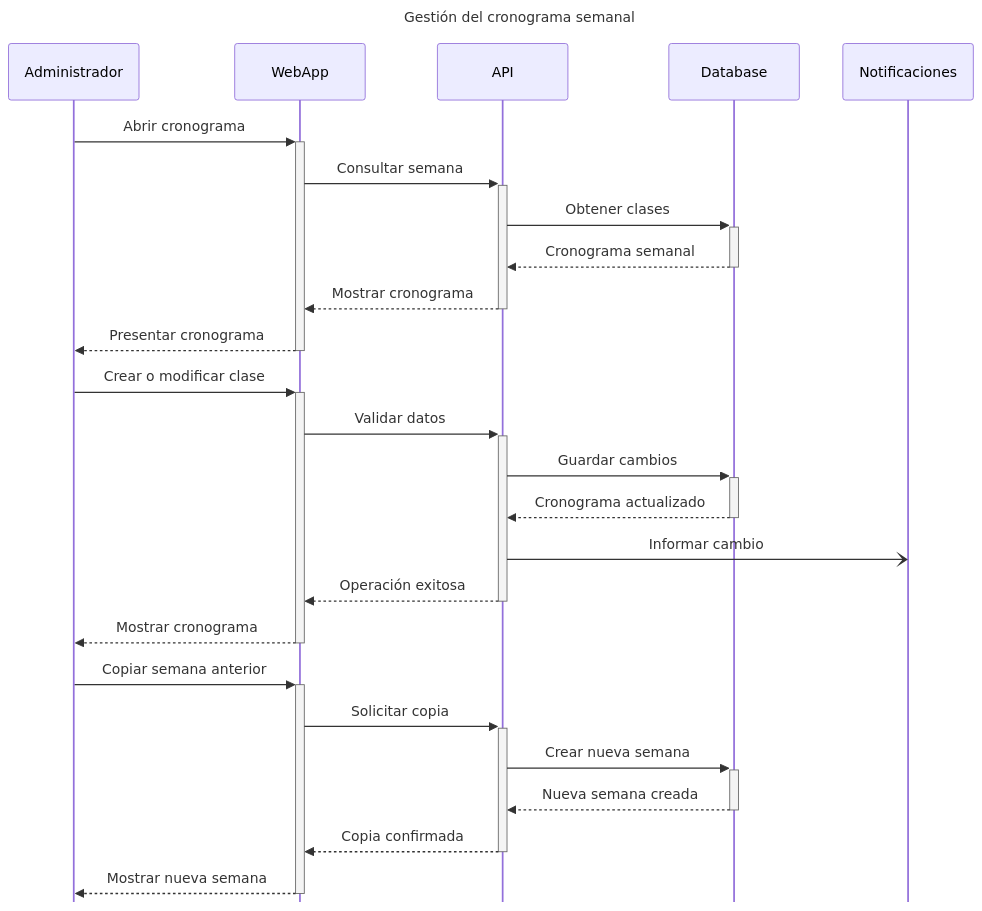
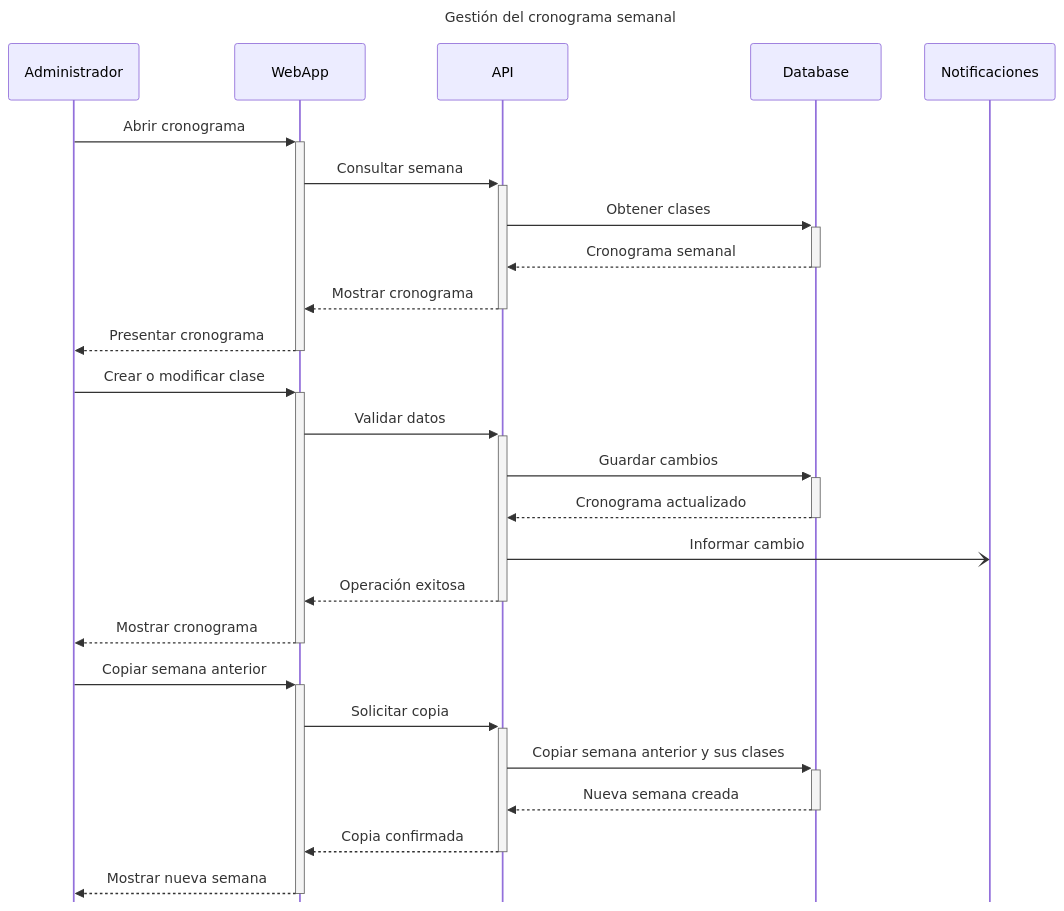
Before and after one commit to MTeamOrg/MTeamBackend: the fifth of 6 diagrams in docs/diagramas-de-secuencia.md, drawn with Mermaid. The commit also changed other lines of this file and 5 other files, not shown here.

````diff
--- a/docs/diagramas-de-secuencia.md
+++ b/docs/diagramas-de-secuencia.md
@@ -136,30 +134,30 @@
 ```mermaid
 %%{init: {"sequence": {"mirrorActors": false}}}%%
 sequenceDiagram
     title Gestión del cronograma semanal
     participant Administrador
     participant WebApp
     participant API
     participant Database
     participant Notificaciones
 
     Administrador->>+WebApp: Abrir cronograma
     WebApp->>+API: Consultar semana
     API->>+Database: Obtener clases
     Database-->>-API: Cronograma semanal
     API-->>-WebApp: Mostrar cronograma
     WebApp-->>-Administrador: Presentar cronograma
     Administrador->>+WebApp: Crear o modificar clase
     WebApp->>+API: Validar datos
     API->>+Database: Guardar cambios
     Database-->>-API: Cronograma actualizado
     API-)Notificaciones: Informar cambio
     API-->>-WebApp: Operación exitosa
     WebApp-->>-Administrador: Mostrar cronograma
     Administrador->>+WebApp: Copiar semana anterior
     WebApp->>+API: Solicitar copia
-    API->>+Database: Crear nueva semana
+    API->>+Database: Copiar semana anterior y sus clases
     Database-->>-API: Nueva semana creada
     API-->>-WebApp: Copia confirmada
     WebApp-->>-Administrador: Mostrar nueva semana
 ```
````
